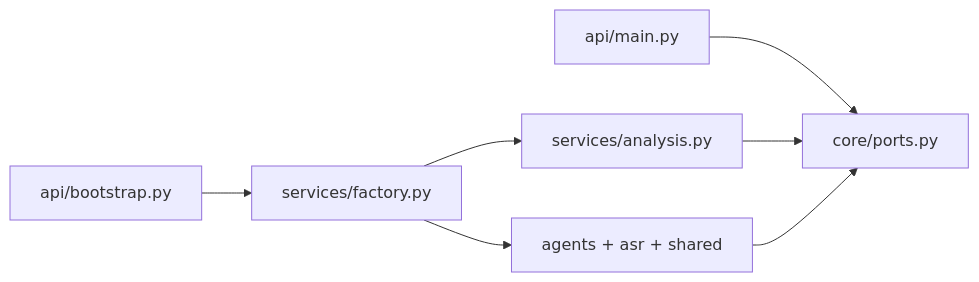
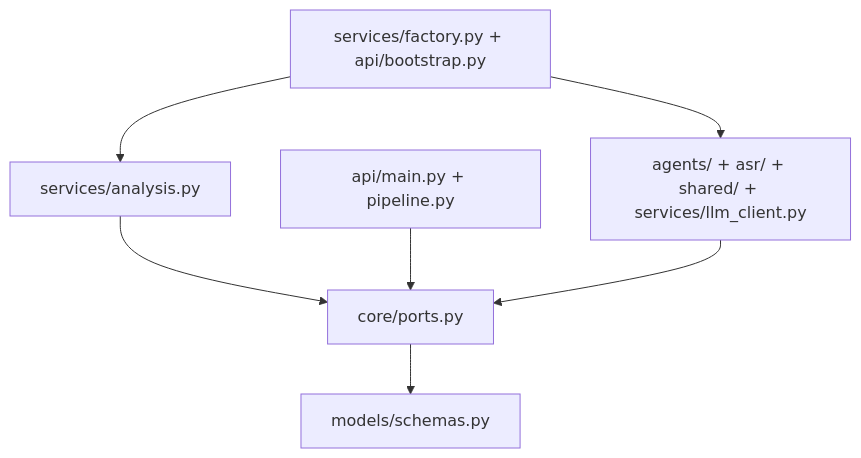
One commit to vbuyel/mtbank-ai-hiring changed the third of 3 diagrams in README.md. Above: the diagram before and after it, drawn with Mermaid. The commit also changed other lines of this file, not shown here.

````diff
--- a/README.md
+++ b/README.md
@@ -44,9 +142,16 @@
 ```mermaid
-flowchart LR
-    API[api/main.py] --> Ports[core/ports.py]
-    Supervisor[services/analysis.py] --> Ports
-    Adapters[agents + asr + shared] --> Ports
-    Bootstrap[api/bootstrap.py] --> Factory[services/factory.py]
+flowchart TB
+    Models[models/schemas.py]
+    Ports[core/ports.py]
+    Service[services/analysis.py]
+    Entry[api/main.py + pipeline.py]
+    Adapters[agents/ + asr/ + shared/ + services/llm_client.py]
+    Factory[services/factory.py + api/bootstrap.py]
+
+    Ports --> Models
+    Service --> Ports
+    Entry --> Ports
+    Adapters --> Ports
+    Factory --> Service
     Factory --> Adapters
-    Factory --> Supervisor
 ```
````
